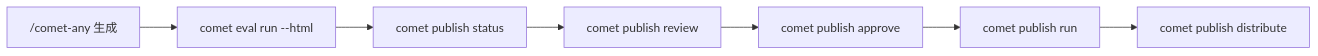
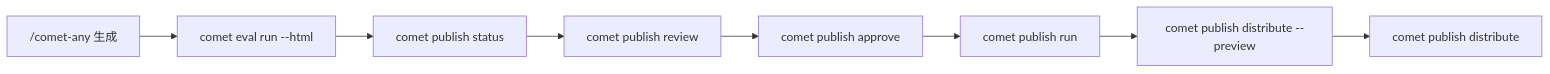
One commit to rpamis/comet-website-docs changed the diagram in zh/cli/publish.mdx. Above: the diagram before and after it, drawn with Mermaid. The commit also changed other lines of this file and 50 other files, not shown here.

````diff
--- a/zh/cli/publish.mdx
+++ b/zh/cli/publish.mdx
@@ -21,9 +29,10 @@
 ```mermaid
 flowchart LR
   A["/comet-any 生成"] --> B["comet eval run --html"]
   B --> C["comet publish status"]
   C --> D["comet publish review"]
   D --> E["comet publish approve"]
   E --> F["comet publish run"]
-  F --> G["comet publish distribute"]
+  F --> G["comet publish distribute --preview"]
+  G --> H["comet publish distribute"]
 ```
````
